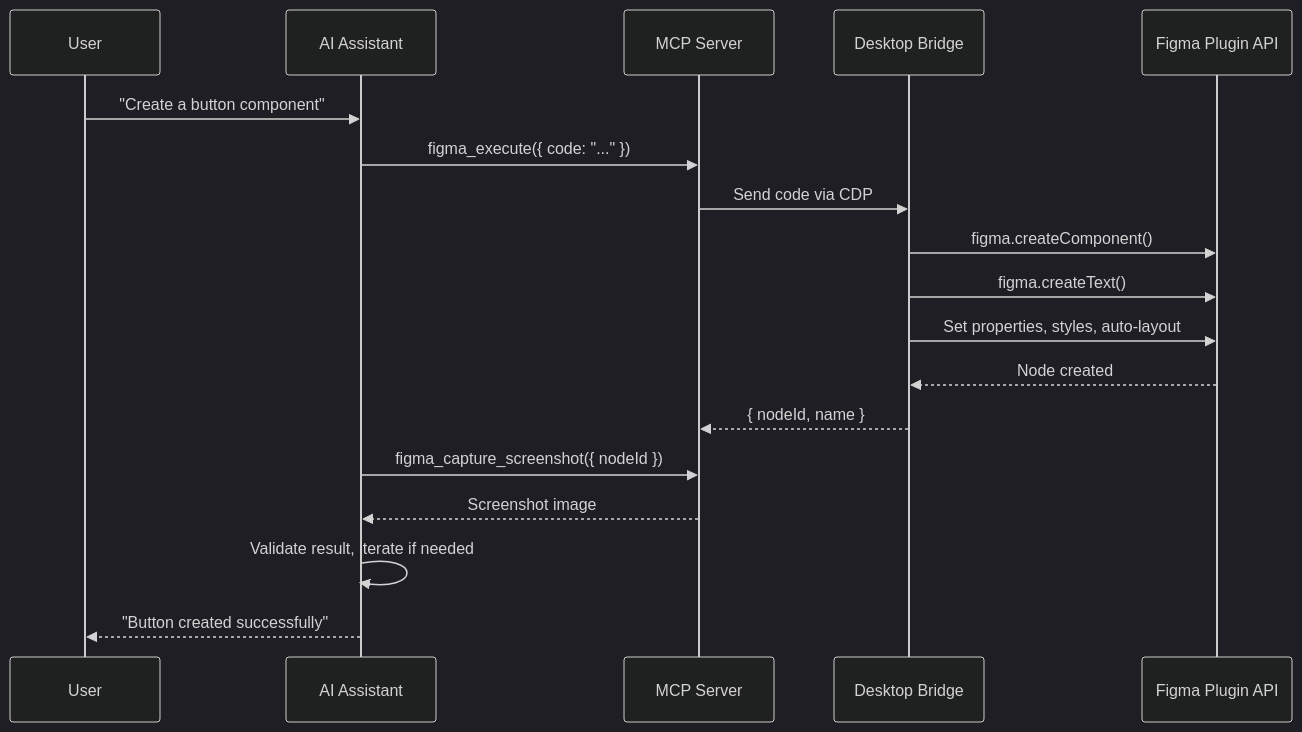
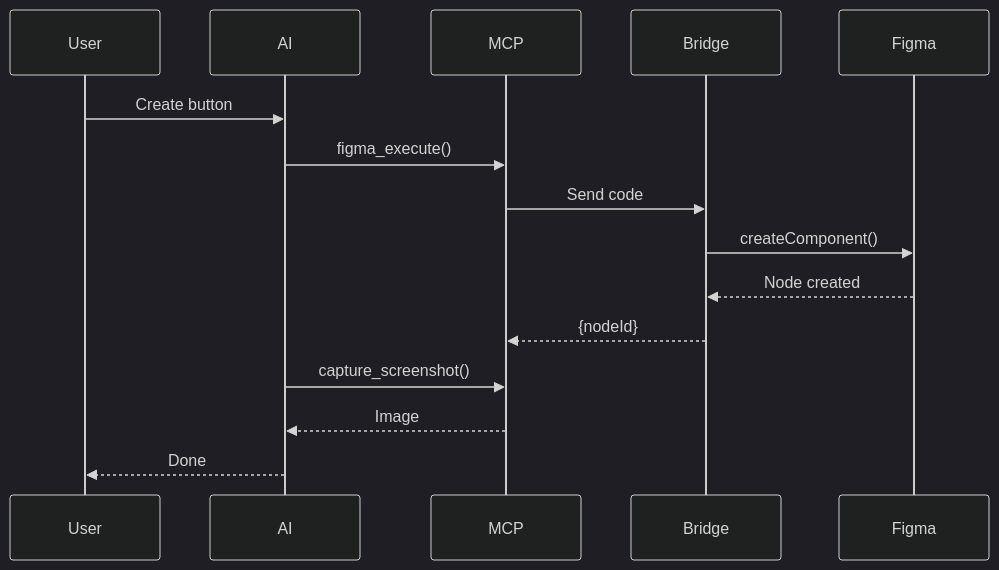
The fourth of 6 diagrams in docs/architecture.md (southleft/figma-console-mcp), drawn with Mermaid (dark theme) before and after one commit. The commit also changed other lines of this file, not shown here.

First line of the commit message:
fix(docs): Optimize Mermaid charts for container width

````diff
--- a/docs/architecture.md
+++ b/docs/architecture.md
@@ -216,21 +193,18 @@
 ```mermaid
 sequenceDiagram
-    participant User
-    participant AI as AI Assistant
-    participant MCP as MCP Server
-    participant Bridge as Desktop Bridge
-    participant Figma as Figma Plugin API
+    participant U as User
+    participant A as AI
+    participant M as MCP
+    participant B as Bridge
+    participant F as Figma
 
-    User->>AI: "Create a button component"
-    AI->>MCP: figma_execute({ code: "..." })
-    MCP->>Bridge: Send code via CDP
-    Bridge->>Figma: figma.createComponent()
-    Bridge->>Figma: figma.createText()
-    Bridge->>Figma: Set properties, styles, auto-layout
-    Figma-->>Bridge: Node created
-    Bridge-->>MCP: { nodeId, name }
-    AI->>MCP: figma_capture_screenshot({ nodeId })
-    MCP-->>AI: Screenshot image
-    AI->>AI: Validate result, iterate if needed
-    AI-->>User: "Button created successfully"
+    U->>A: Create button
+    A->>M: figma_execute()
+    M->>B: Send code
+    B->>F: createComponent()
+    F-->>B: Node created
+    B-->>M: {nodeId}
+    A->>M: capture_screenshot()
+    M-->>A: Image
+    A-->>U: Done
 ```
````
